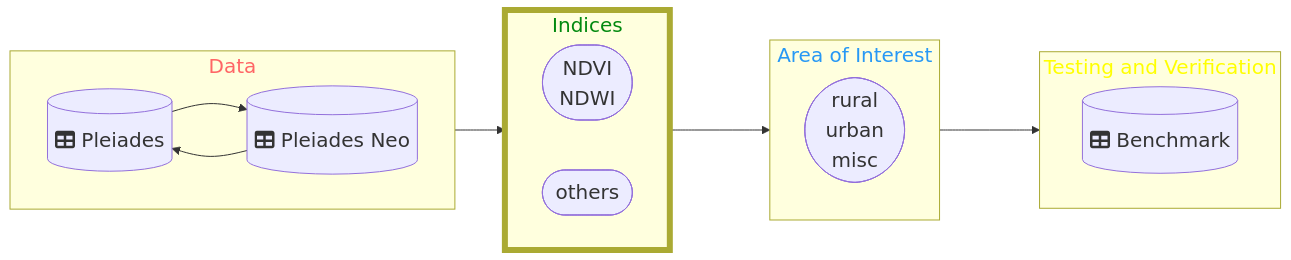
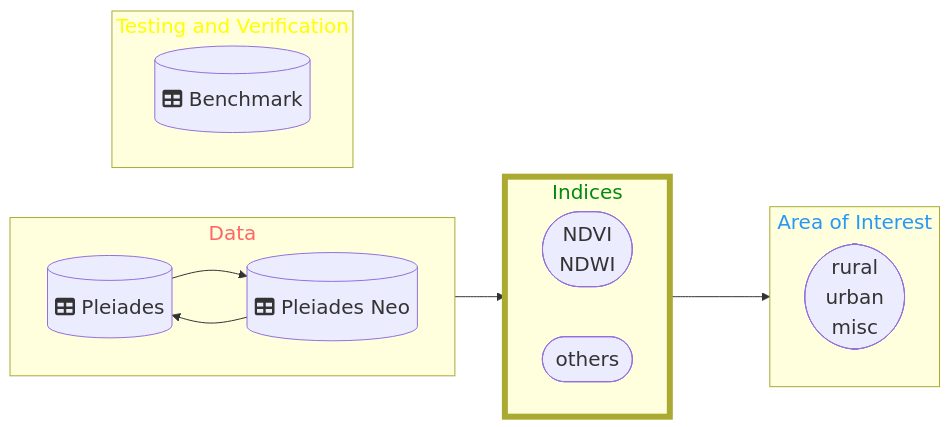
The diagram in Area-Features/README.md (DippoldEJ/Feature-Detection-and-Explanation), drawn with Mermaid before and after one commit.

````diff
--- a/Area-Features/README.md
+++ b/Area-Features/README.md
@@ -14,42 +14,42 @@
 ```mermaid
 flowchart LR;
 %%{init: {
 	'themeVariables': { 'fontSize': '20px', 'fontFamily': 'Didot'}
 	}
 }%%
 
  subgraph n[Data]
         direction LR
         h[(fa:fa-table Pleiades)]
         b[(fa:fa-table Pleiades Neo)]
     end
 
  subgraph q[Testing and Verification]
         direction LR
         r[(fa:fa-table Benchmark)]
     end
 
  subgraph o[Indices]
         direction LR
         j([NDVI <br /> NDWI])
         m([others])
     end
 
 subgraph p[Area of Interest]
     a([rural <br /> urban  <br />  misc])
     end
 
 style n color:#f66
 style o stroke-width:6px
 style o color:#028A0F
 style p color:#2798F5
 style q color:#FFFF00
 
 n-->o
 o-->p
-o-->q
+
 
 h-->b
 b-->h
 
 ```
````
